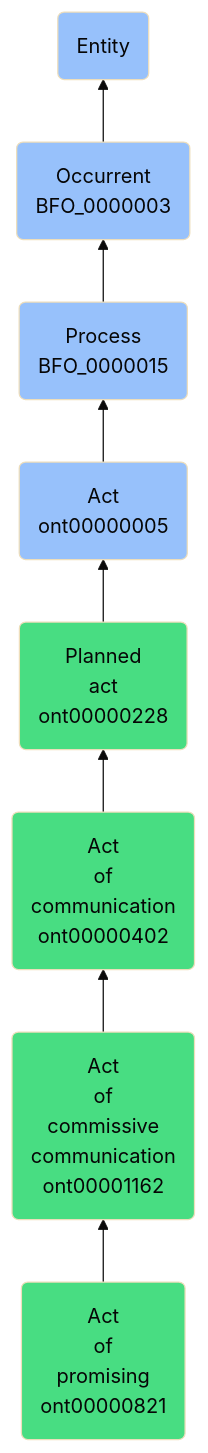
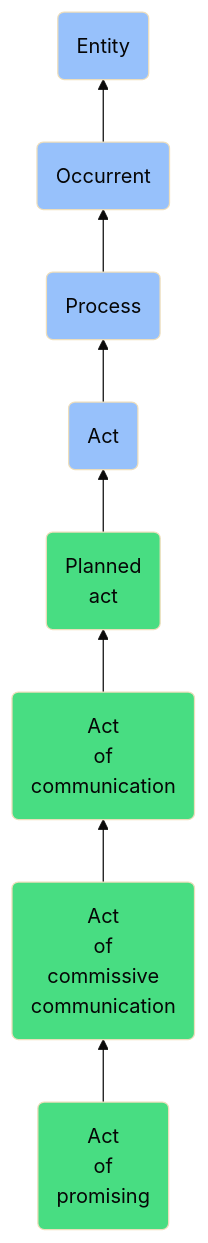
The diagram in docs/ontology/reference/model/Entity/Occurrent/Process/Act/Planned act/Act of communication/Act of commissive communication/Act of promising/Act of promising.md (jupyter-naas/abi), drawn with Mermaid (base theme) before and after one commit. The commit also changed other lines of this file and 1430 other files, not shown here.

````diff
--- a/docs/ontology/reference/model/Entity/Occurrent/Process/Act/Planned act/Act of communication/Act of commissive communication/Act of promising/Act of promising.md
+++ b/docs/ontology/reference/model/Entity/Occurrent/Process/Act/Planned act/Act of communication/Act of commissive communication/Act of promising/Act of promising.md
@@ -24,15 +24,15 @@
 ```mermaid
 graph BT
-    ont00000821(Act<br>of<br>promising<br>ont00000821):::ABI-->ont00001162
-    ont00001162(Act<br>of<br>commissive<br>communication<br>ont00001162):::ABI-->ont00000402
-    ont00000402(Act<br>of<br>communication<br>ont00000402):::ABI-->ont00000228
-    ont00000228(Planned<br>act<br>ont00000228):::ABI-->ont00000005
-    ont00000005(Act<br>ont00000005):::BFO-->BFO_0000015
-    BFO_0000015(Process<br>BFO_0000015):::BFO-->BFO_0000003
-    BFO_0000003(Occurrent<br>BFO_0000003):::BFO-->BFO_0000001
+    ont00000821(Act<br>of<br>promising):::ABI-->ont00001162
+    ont00001162(Act<br>of<br>commissive<br>communication):::ABI-->ont00000402
+    ont00000402(Act<br>of<br>communication):::ABI-->ont00000228
+    ont00000228(Planned<br>act):::ABI-->ont00000005
+    ont00000005(Act):::BFO-->BFO_0000015
+    BFO_0000015(Process):::BFO-->BFO_0000003
+    BFO_0000003(Occurrent):::BFO-->BFO_0000001
     BFO_0000001(Entity):::BFO
     
     classDef BFO fill:#97c1fb,color:#060606
     classDef CCO fill:#e4c51e,color:#060606
     classDef ABI fill:#48DD82,color:#060606
 ```
````
